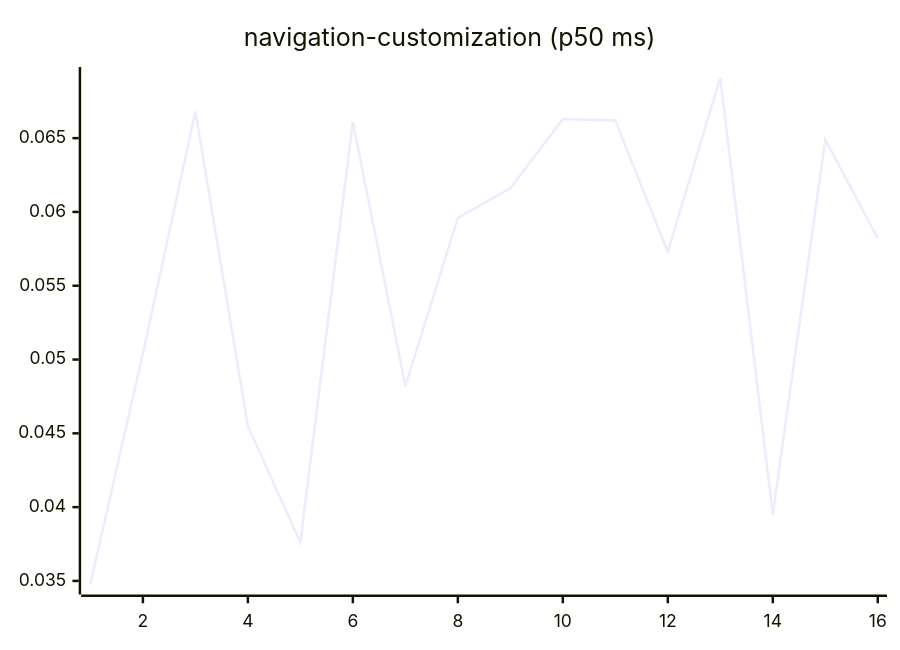
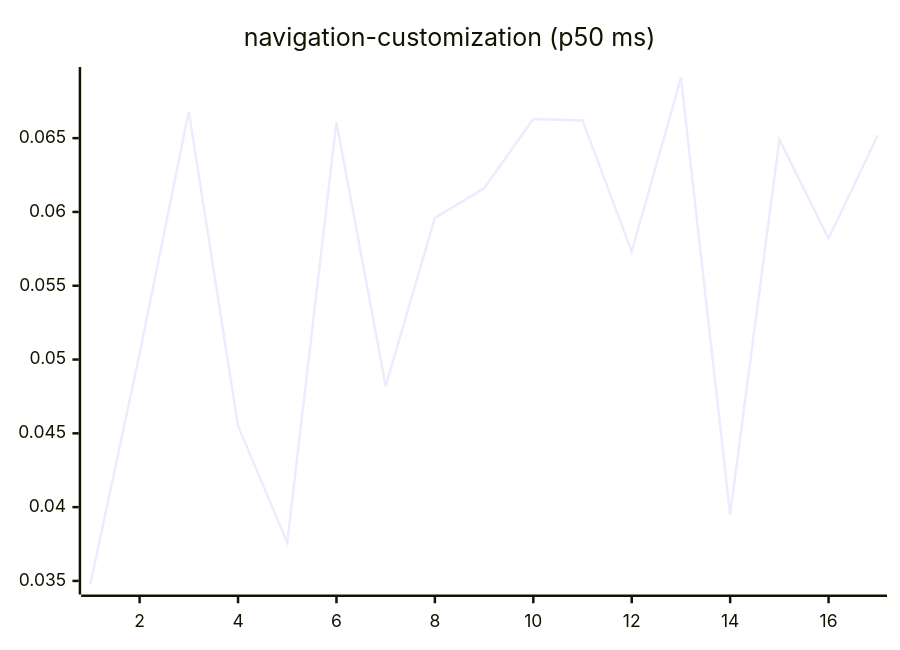
Before and after one commit to josha/Facet: diagram 15 of 27 in README.md, drawn with Mermaid. The commit also changed other lines of this file and 2 other files, not shown here.

````diff
--- a/README.md
+++ b/README.md
@@ -161,6 +161,6 @@
 ```mermaid
 xychart-beta
     title "navigation-customization (p50 ms)"
-    x-axis 1 --> 16
-    line [0.0348, 0.0504, 0.0668, 0.0455, 0.0376, 0.0661, 0.0482, 0.0596, 0.0616, 0.0663, 0.0662, 0.0573, 0.0691, 0.0395, 0.0649, 0.0582]
+    x-axis 1 --> 17
+    line [0.0348, 0.0504, 0.0668, 0.0455, 0.0376, 0.0661, 0.0482, 0.0596, 0.0616, 0.0663, 0.0662, 0.0573, 0.0691, 0.0395, 0.0649, 0.0582, 0.0652]
 ```
````
